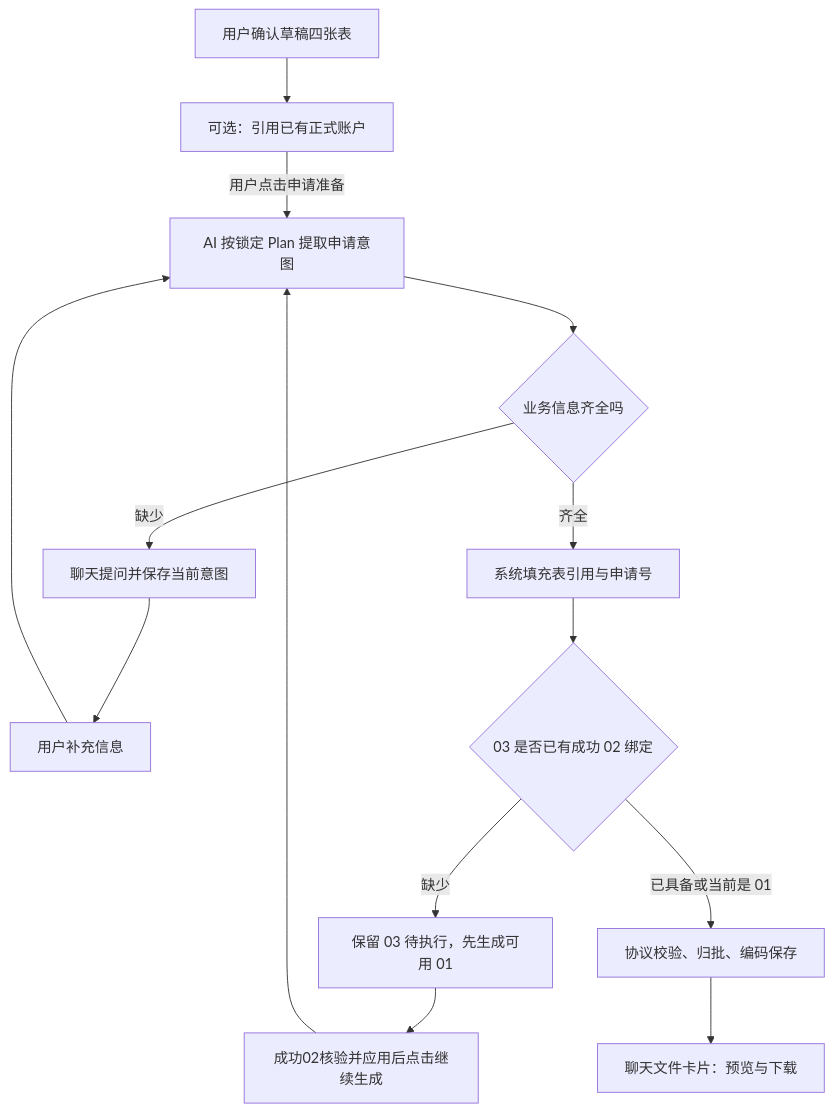
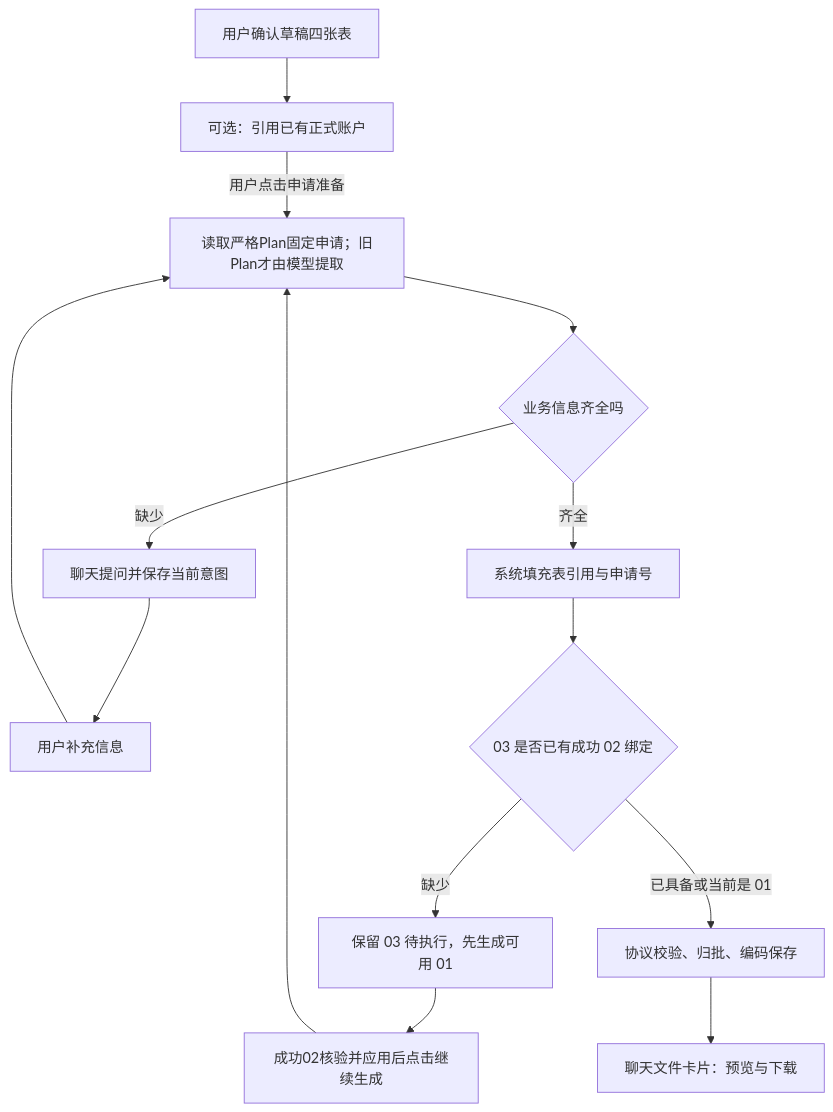
One commit to yqsota666/TA-case-test-Agent changed the second of 3 diagrams in docs/Case全流程设计.md. Above: the diagram before and after it, drawn with Mermaid. The commit also changed other lines of this file and 1 other file, not shown here.

````diff
--- a/docs/Case全流程设计.md
+++ b/docs/Case全流程设计.md
@@ -148,16 +129,16 @@
 ```mermaid
 flowchart TD
   A[用户确认草稿四张表] --> S[可选：引用已有正式账户]
-  S -->|用户点击申请准备| B[AI 按锁定 Plan 提取申请意图]
+  S -->|用户点击申请准备| B[读取严格Plan固定申请；旧Plan才由模型提取]
   B --> C{业务信息齐全吗}
   C -->|缺少| D[聊天提问并保存当前意图]
   D --> E[用户补充信息]
   E --> B
   C -->|齐全| F[系统填充表引用与申请号]
   F --> G{03 是否已有成功 02 绑定}
   G -->|缺少| H[保留 03 待执行，先生成可用 01]
   H --> I[成功02核验并应用后点击继续生成]
   I --> B
   G -->|已具备或当前是 01| J[协议校验、归批、编码保存]
   J --> K[聊天文件卡片：预览与下载]
 ```
````
